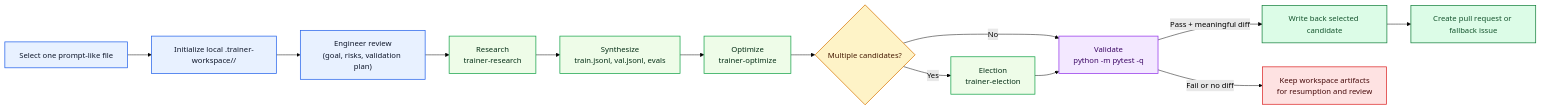
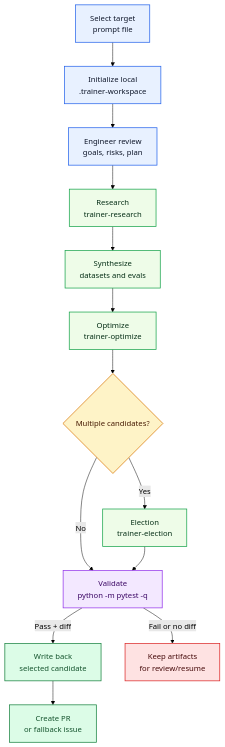
The diagram in README.md (Tyler-R-Kendrick/copilot-auto-training), drawn with Mermaid (forest theme) before and after one commit.

Commit message:
docs: narrow optimization mermaid layout
Agent-Logs-Url: https://github.com/Tyler-R-Kendrick/copilot-auto-training/sessions/76a92544-265e-49e3-afbb-7b3f14a547d5

````diff
--- a/README.md
+++ b/README.md
@@ -97,29 +97,33 @@
 ```mermaid
-flowchart LR
-    select["Select one prompt-like file"]:::setup --> workspace["Initialize local .trainer-workspace/<prompt-name>/"]:::setup
+flowchart TD
+    select["Select target
+prompt file"]:::setup --> workspace["Initialize local
+.trainer-workspace"]:::setup
     workspace --> review["Engineer review
-(goal, risks, validation plan)"]:::setup
+goals, risks, plan"]:::setup
     review --> research["Research
 trainer-research"]:::stage
     research --> synthesize["Synthesize
-train.jsonl, val.jsonl, evals"]:::stage
+datasets and evals"]:::stage
     synthesize --> optimize["Optimize
 trainer-optimize"]:::stage
     optimize --> election{"Multiple candidates?"}:::decision
     election -->|Yes| elect["Election
 trainer-election"]:::stage
     election -->|No| validate["Validate
 python -m pytest -q"]:::validation
     elect --> validate
-    validate -->|Pass + meaningful diff| writeback["Write back selected candidate"]:::success
-    validate -->|Fail or no diff| checkpoint["Keep workspace artifacts
-for resumption and review"]:::warning
-    writeback --> pr["Create pull request or fallback issue"]:::success
+    validate -->|Pass + diff| writeback["Write back
+selected candidate"]:::success
+    validate -->|Fail or no diff| checkpoint["Keep artifacts
+for review/resume"]:::warning
+    writeback --> pr["Create PR
+or fallback issue"]:::success
 
     classDef setup fill:#E8F1FF,stroke:#2563EB,stroke-width:1.5px,color:#0F172A;
     classDef stage fill:#EEFCE8,stroke:#16A34A,stroke-width:1.5px,color:#052E16;
     classDef decision fill:#FEF3C7,stroke:#D97706,stroke-width:1.5px,color:#451A03;
     classDef validation fill:#F3E8FF,stroke:#9333EA,stroke-width:1.5px,color:#3B0764;
     classDef success fill:#DCFCE7,stroke:#15803D,stroke-width:1.5px,color:#14532D;
     classDef warning fill:#FEE2E2,stroke:#DC2626,stroke-width:1.5px,color:#450A0A;
 ```
````
